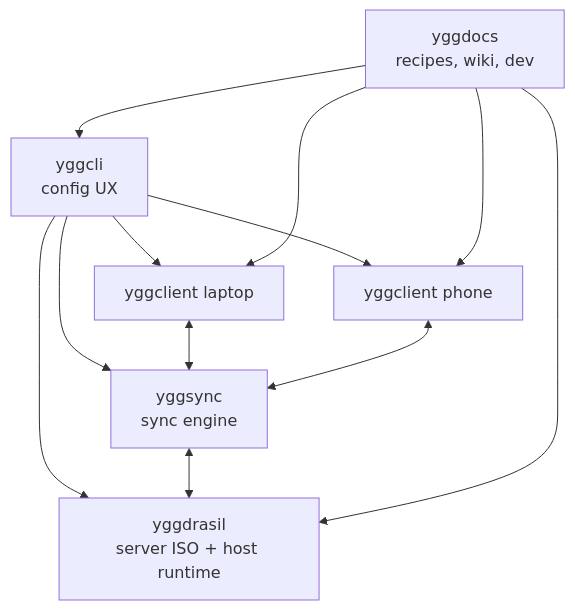
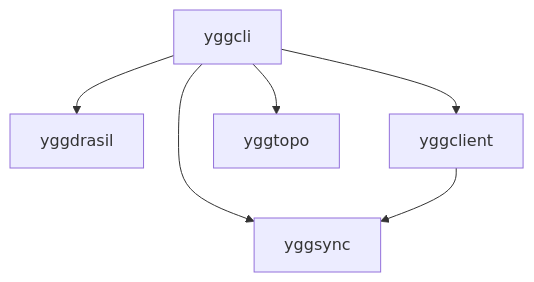
The first of 2 diagrams in README.md (yggdrasilhq/yggcli), drawn with Mermaid before and after one commit. The commit also changed other lines of this file, not shown here.

````diff
--- a/README.md
+++ b/README.md
@@ -53,21 +21,14 @@
 ```mermaid
 flowchart TD
-  D[yggdocs<br/>recipes, wiki, dev]
-  C[yggcli<br/>config UX]
-  S[yggdrasil<br/>server ISO + host runtime]
-  Y[yggsync<br/>sync engine]
-  L[yggclient laptop]
-  P[yggclient phone]
+    C[yggcli]
+    D[yggdrasil]
+    L[yggclient]
+    Y[yggsync]
+    T[yggtopo]
 
-  C --> S
-  C --> L
-  C --> P
-  C --> Y
-  L <--> Y
-  P <--> Y
-  Y <--> S
-  D --> C
-  D --> S
-  D --> L
-  D --> P
+    C --> D
+    C --> L
+    C --> Y
+    C --> T
+    L --> Y
 ```
````
